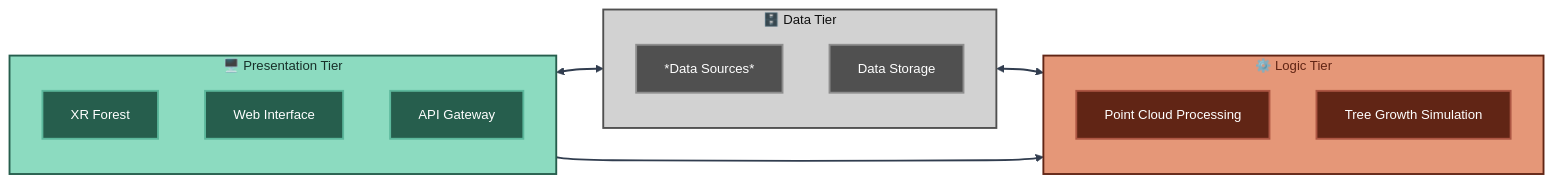
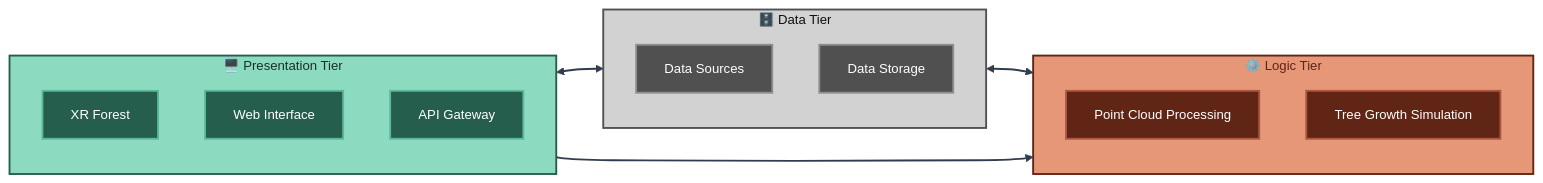
The first of 4 diagrams in docs/architecture/architecture.md (XRFutureForests/digital-twin-db), drawn with Mermaid before and after one commit. The commit also changed other lines of this file, not shown here.

Commit message:
architecture description

````diff
--- a/docs/architecture/architecture.md
+++ b/docs/architecture/architecture.md
@@ -5,50 +5,51 @@
 ```mermaid
 %%{
 init: {
 'theme': 'base',
 'themeVariables': {
 'fontSize': '14px',
 'secondaryColor': '#d2d2d2'
 }
 }
 }%%
 flowchart LR
+
 subgraph DATA["🗄️ Data Tier"]
-D1[*Data Sources*]
+D1[Data Sources]
 D2[Data Storage]
 end
 
 subgraph LOGIC["⚙️ Logic Tier"]
 L1[Point Cloud Processing]
 L2[Tree Growth Simulation]
 end
 
 subgraph PRESENTATION["🖥️ Presentation Tier"]
 P2[XR Forest]
 P3[Web Interface]
 P1[API Gateway]
 end
 
 DATA <--> LOGIC
 PRESENTATION --> LOGIC
 PRESENTATION <--> DATA
 
 %% Subgraph styling - light colors
 classDef dataTier fill:#d2d2d2,stroke:#505050,stroke-width:2px,color:#0f0f0f
 classDef logicTier fill:#e59778,stroke:#612515,stroke-width:2px,color:#612515
 classDef presentationTier fill:#8cdbc0,stroke:#265e4d,stroke-width:2px,color:#183029
 
 %% Node styling - darkest colors
 classDef dataNode fill:#505050,stroke:#8e8e8e,stroke-width:2px,color:#ffffff
 classDef logicNode fill:#612515,stroke:#ad5643,stroke-width:2px,color:#ffffff
 classDef presentationNode fill:#265e4d,stroke:#5cb89c,stroke-width:2px,color:#ffffff
 
 class DATA dataTier
 class D1,D2 dataNode
 class LOGIC logicTier
 class L1,L2 logicNode
 class PRESENTATION presentationTier
 class P1,P2,P3 presentationNode
 
 linkStyle 0,1,2 stroke:#313d4f,stroke-width:2px
 ```
````
